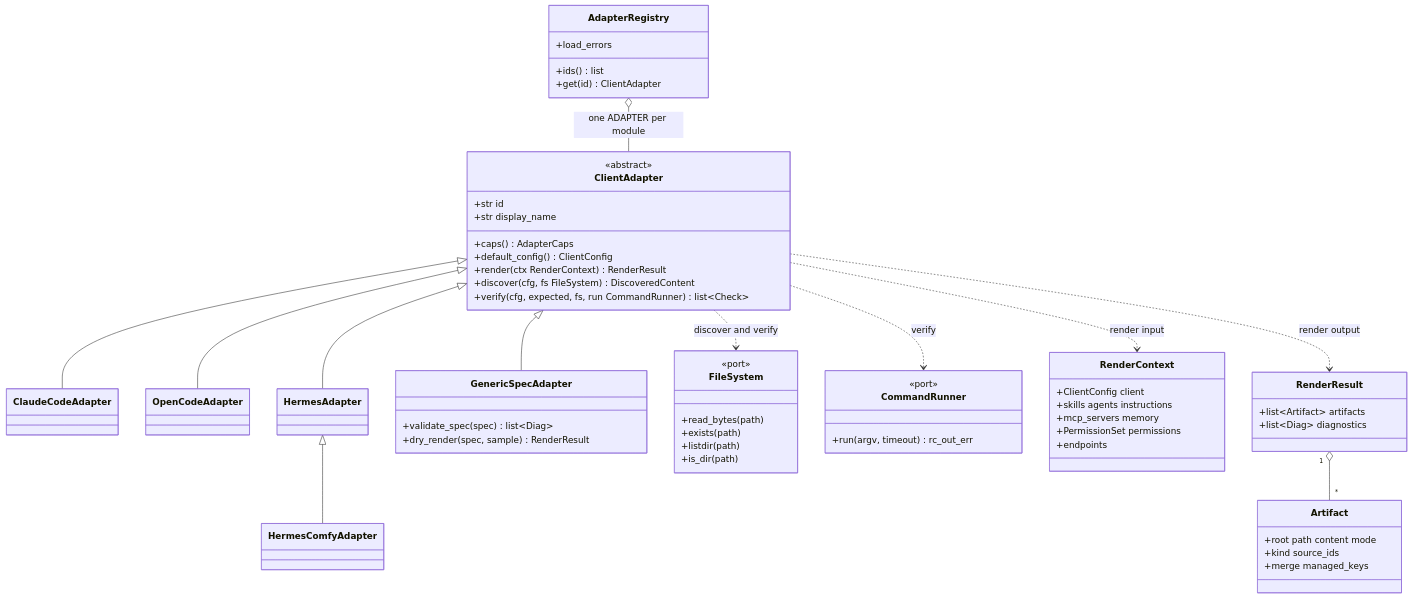
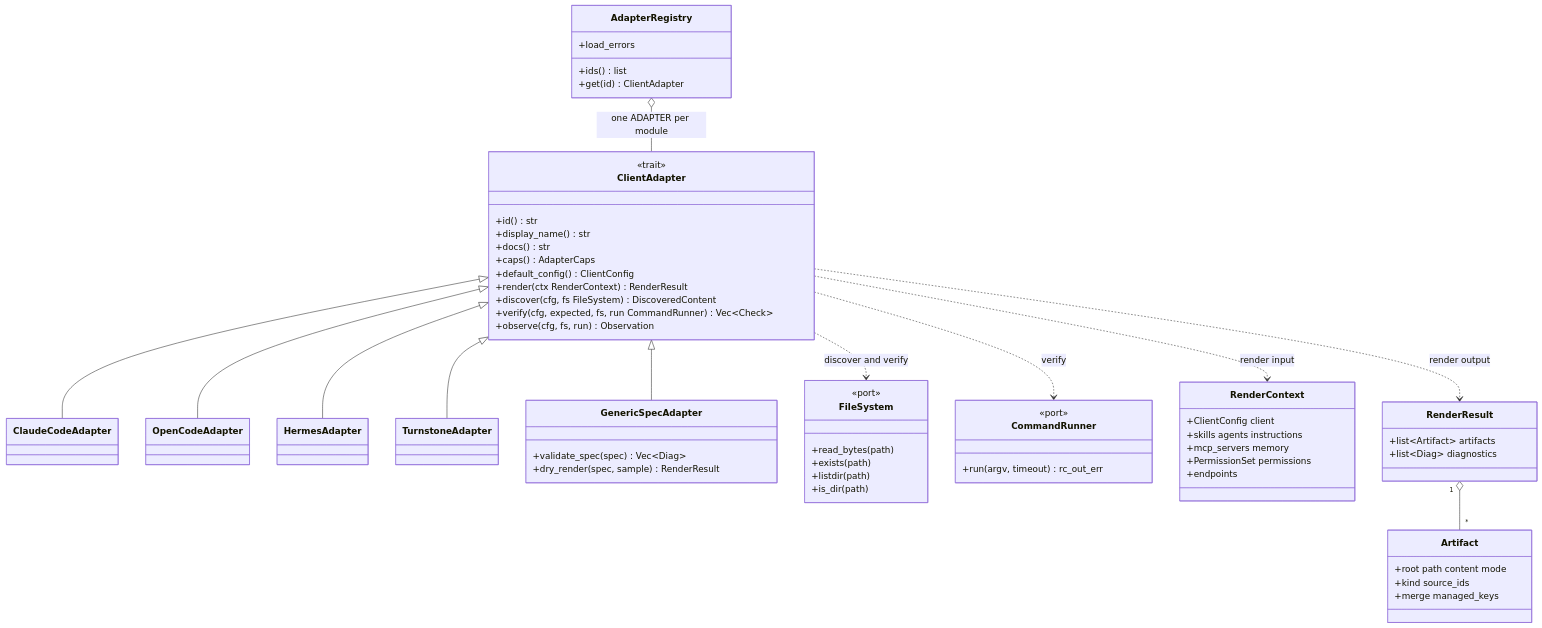
The diagram in docs/diagrams/client-adapter-classes.md (willboyden/agent-hub), drawn with Mermaid before and after one commit. The commit also changed other lines of this file and 450 other files, not shown here.

````diff
--- a/docs/diagrams/client-adapter-classes.md
+++ b/docs/diagrams/client-adapter-classes.md
@@ -6,66 +6,68 @@
 ```mermaid
 classDiagram
   class ClientAdapter {
-    <<abstract>>
-    +str id
-    +str display_name
+    <<trait>>
+    +id() str
+    +display_name() str
+    +docs() str
     +caps() AdapterCaps
     +default_config() ClientConfig
     +render(ctx RenderContext) RenderResult
     +discover(cfg, fs FileSystem) DiscoveredContent
-    +verify(cfg, expected, fs, run CommandRunner) list~Check~
+    +verify(cfg, expected, fs, run CommandRunner) Vec~Check~
+    +observe(cfg, fs, run) Observation
   }
   class ClaudeCodeAdapter
   class OpenCodeAdapter
   class HermesAdapter
-  class HermesComfyAdapter
+  class TurnstoneAdapter
   class GenericSpecAdapter {
-    +validate_spec(spec) list~Diag~
+    +validate_spec(spec) Vec~Diag~
     +dry_render(spec, sample) RenderResult
   }
   ClientAdapter <|-- ClaudeCodeAdapter
   ClientAdapter <|-- OpenCodeAdapter
   ClientAdapter <|-- HermesAdapter
-  HermesAdapter <|-- HermesComfyAdapter
+  ClientAdapter <|-- TurnstoneAdapter
   ClientAdapter <|-- GenericSpecAdapter
 
   class FileSystem {
     <<port>>
     +read_bytes(path)
     +exists(path)
     +listdir(path)
     +is_dir(path)
   }
   class CommandRunner {
     <<port>>
     +run(argv, timeout) rc_out_err
   }
   class RenderContext {
     +ClientConfig client
     +skills agents instructions
     +mcp_servers memory
     +PermissionSet permissions
     +endpoints
   }
   class Artifact {
     +root path content mode
     +kind source_ids
     +merge managed_keys
   }
   class RenderResult {
     +list~Artifact~ artifacts
     +list~Diag~ diagnostics
   }
   class AdapterRegistry {
     +ids() list
     +get(id) ClientAdapter
     +load_errors
   }
 
   ClientAdapter ..> RenderContext : render input
   ClientAdapter ..> RenderResult : render output
   RenderResult "1" o-- "*" Artifact
   ClientAdapter ..> FileSystem : discover and verify
   ClientAdapter ..> CommandRunner : verify
   AdapterRegistry o-- ClientAdapter : one ADAPTER per module
 ```
````
